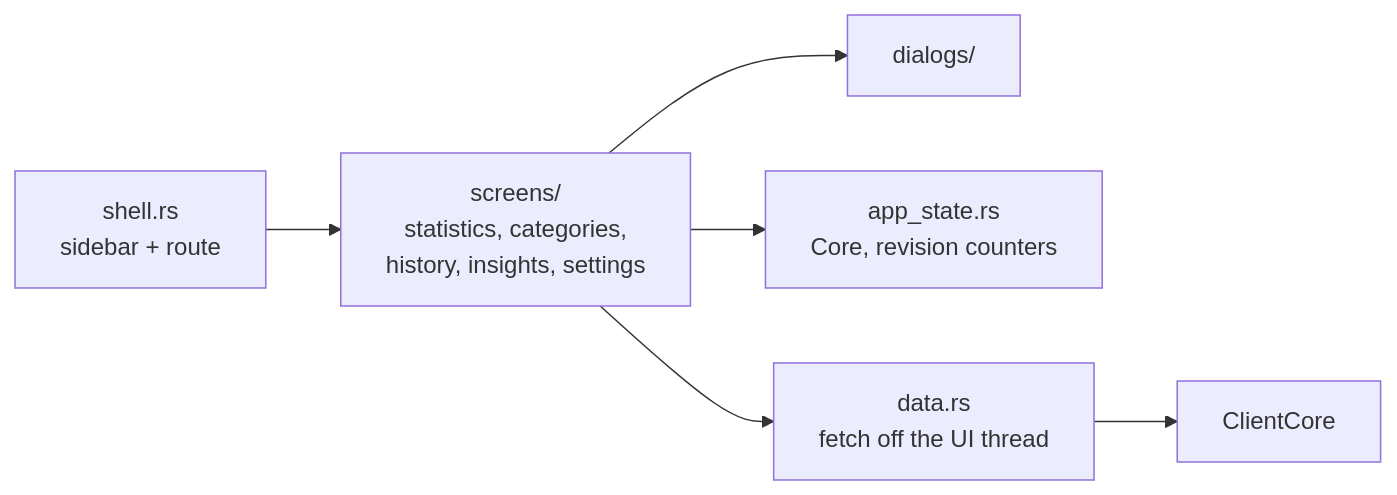
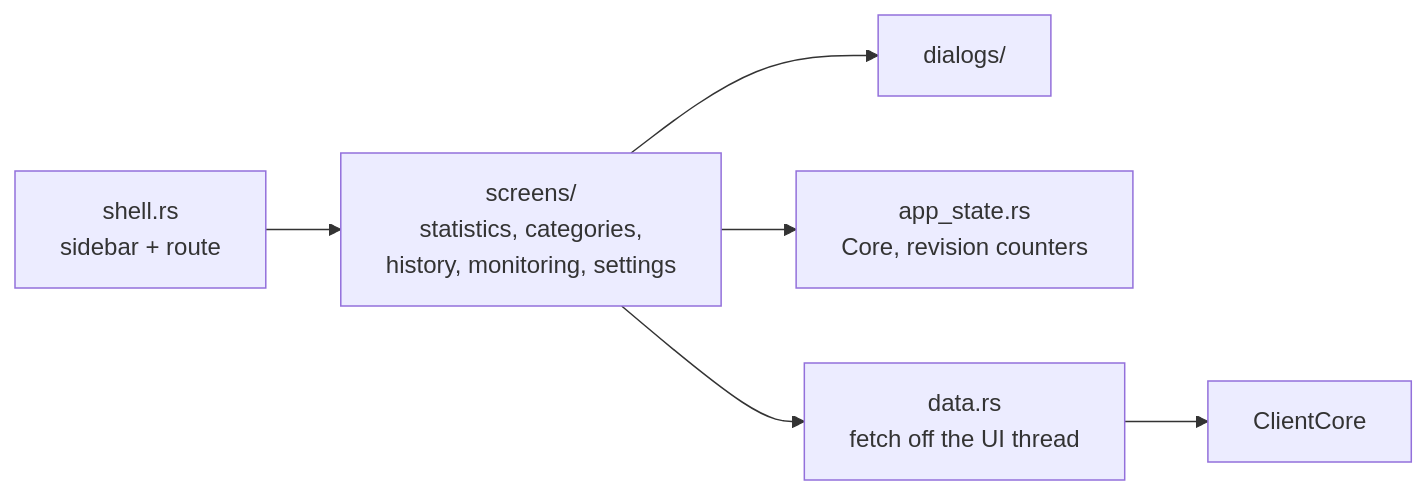
Before and after one commit to phucvinh57/makora: the fourth of 4 diagrams in docs/architecture/processes.md, drawn with Mermaid. The commit also changed 33 other files, not shown here.

First line of the commit message:
Replace the Insights page with Monitoring: network, masked data and AI usage

````diff
--- a/docs/architecture/processes.md
+++ b/docs/architecture/processes.md
@@ -93,15 +93,15 @@
 ```mermaid
 flowchart LR
     Shell["shell.rs<br/>sidebar + route"]
-    Screens["screens/<br/>statistics, categories,<br/>history, insights, settings"]
+    Screens["screens/<br/>statistics, categories,<br/>history, monitoring, settings"]
     Dialogs["dialogs/"]
     State["app_state.rs<br/>Core, revision counters"]
     Data["data.rs<br/>fetch off the UI thread"]
     Core["ClientCore"]
 
     Shell --> Screens
     Screens --> Dialogs
     Screens --> State
     Screens --> Data
     Data --> Core
 ```
````
